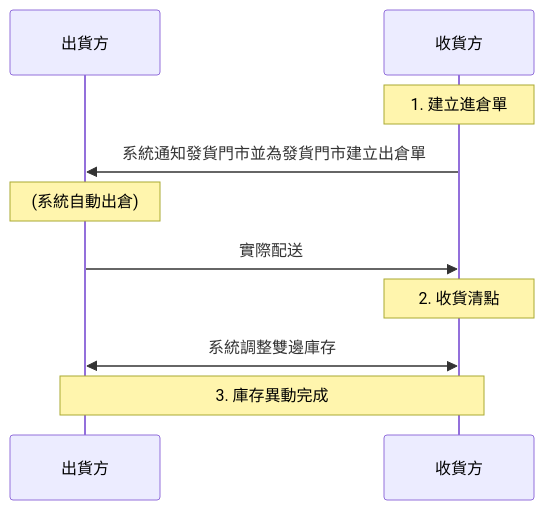
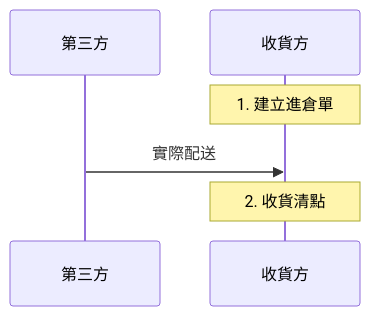
Before and after one commit to sinleadpro/zensical-zh-tw: the diagram in docs/pos/inventory/inbound-complete-process.md, drawn with Mermaid. The commit also changed other lines of this file and 108 other files, not shown here.

````diff
--- a/docs/pos/inventory/inbound-complete-process.md
+++ b/docs/pos/inventory/inbound-complete-process.md
@@ -86,13 +86,9 @@
 ```mermaid
 sequenceDiagram
 
-participant 出貨方
+participant 第三方
 participant 收貨方
 Note over 收貨方: 1. 建立進倉單
-收貨方->>出貨方: 系統通知發貨門市並為發貨門市建立出倉單
-Note over 出貨方: (系統自動出倉)
-出貨方->>收貨方: 實際配送
+第三方->>收貨方: 實際配送
 Note over 收貨方: 2. 收貨清點
-收貨方 <<->>出貨方: 系統調整雙邊庫存
-Note over 出貨方,收貨方: 3. 庫存異動完成
 ```
````
